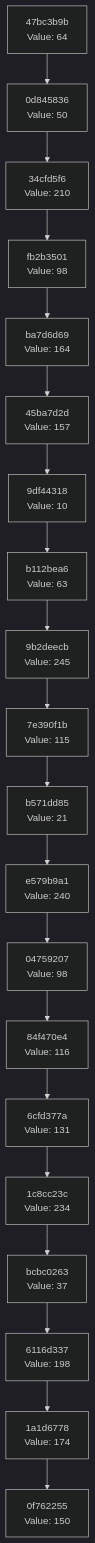
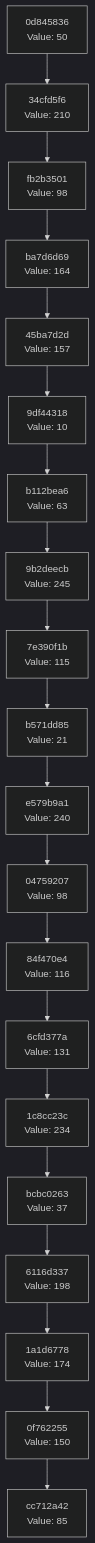
Before and after one commit to Abhisheksinha1506/hash-chain-evolver: the diagram in docs/CHAIN_VISUALIZATION.md, drawn with Mermaid (dark theme). The commit also changed 2 other files, not shown here.

Commit message:
Evolution step: hash 0x55 → action executed

````diff
--- a/docs/CHAIN_VISUALIZATION.md
+++ b/docs/CHAIN_VISUALIZATION.md
@@ -3,42 +3,42 @@
 ```mermaid
 graph TD
-    C0["0f762255<br/>Value: 150"]
-    C1["1a1d6778<br/>Value: 174"]
+    C0["cc712a42<br/>Value: 85"]
+    C1["0f762255<br/>Value: 150"]
     C1 --> C0
-    C2["6116d337<br/>Value: 198"]
+    C2["1a1d6778<br/>Value: 174"]
     C2 --> C1
-    C3["bcbc0263<br/>Value: 37"]
+    C3["6116d337<br/>Value: 198"]
     C3 --> C2
-    C4["1c8cc23c<br/>Value: 234"]
+    C4["bcbc0263<br/>Value: 37"]
     C4 --> C3
-    C5["6cfd377a<br/>Value: 131"]
+    C5["1c8cc23c<br/>Value: 234"]
     C5 --> C4
-    C6["84f470e4<br/>Value: 116"]
+    C6["6cfd377a<br/>Value: 131"]
     C6 --> C5
-    C7["04759207<br/>Value: 98"]
+    C7["84f470e4<br/>Value: 116"]
     C7 --> C6
-    C8["e579b9a1<br/>Value: 240"]
+    C8["04759207<br/>Value: 98"]
     C8 --> C7
-    C9["b571dd85<br/>Value: 21"]
+    C9["e579b9a1<br/>Value: 240"]
     C9 --> C8
-    C10["7e390f1b<br/>Value: 115"]
+    C10["b571dd85<br/>Value: 21"]
     C10 --> C9
-    C11["9b2deecb<br/>Value: 245"]
+    C11["7e390f1b<br/>Value: 115"]
     C11 --> C10
-    C12["b112bea6<br/>Value: 63"]
+    C12["9b2deecb<br/>Value: 245"]
     C12 --> C11
-    C13["9df44318<br/>Value: 10"]
+    C13["b112bea6<br/>Value: 63"]
     C13 --> C12
-    C14["45ba7d2d<br/>Value: 157"]
+    C14["9df44318<br/>Value: 10"]
     C14 --> C13
-    C15["ba7d6d69<br/>Value: 164"]
+    C15["45ba7d2d<br/>Value: 157"]
     C15 --> C14
-    C16["fb2b3501<br/>Value: 98"]
+    C16["ba7d6d69<br/>Value: 164"]
     C16 --> C15
-    C17["34cfd5f6<br/>Value: 210"]
+    C17["fb2b3501<br/>Value: 98"]
     C17 --> C16
-    C18["0d845836<br/>Value: 50"]
+    C18["34cfd5f6<br/>Value: 210"]
     C18 --> C17
-    C19["47bc3b9b<br/>Value: 64"]
+    C19["0d845836<br/>Value: 50"]
     C19 --> C18
 ```
````
